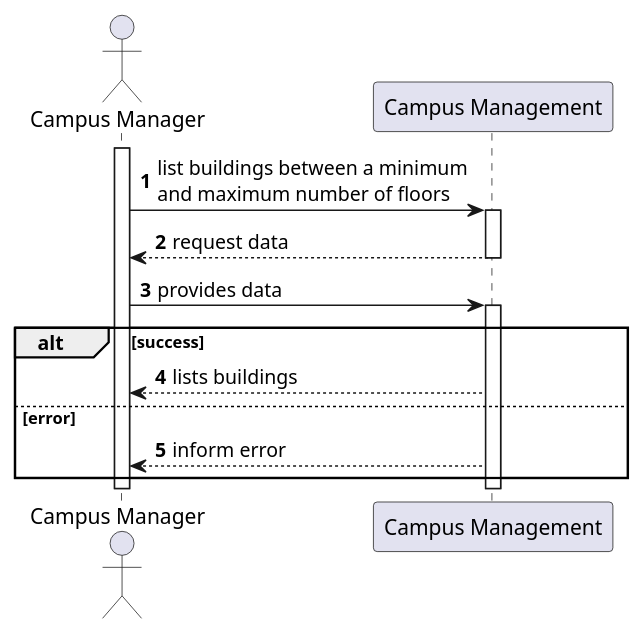
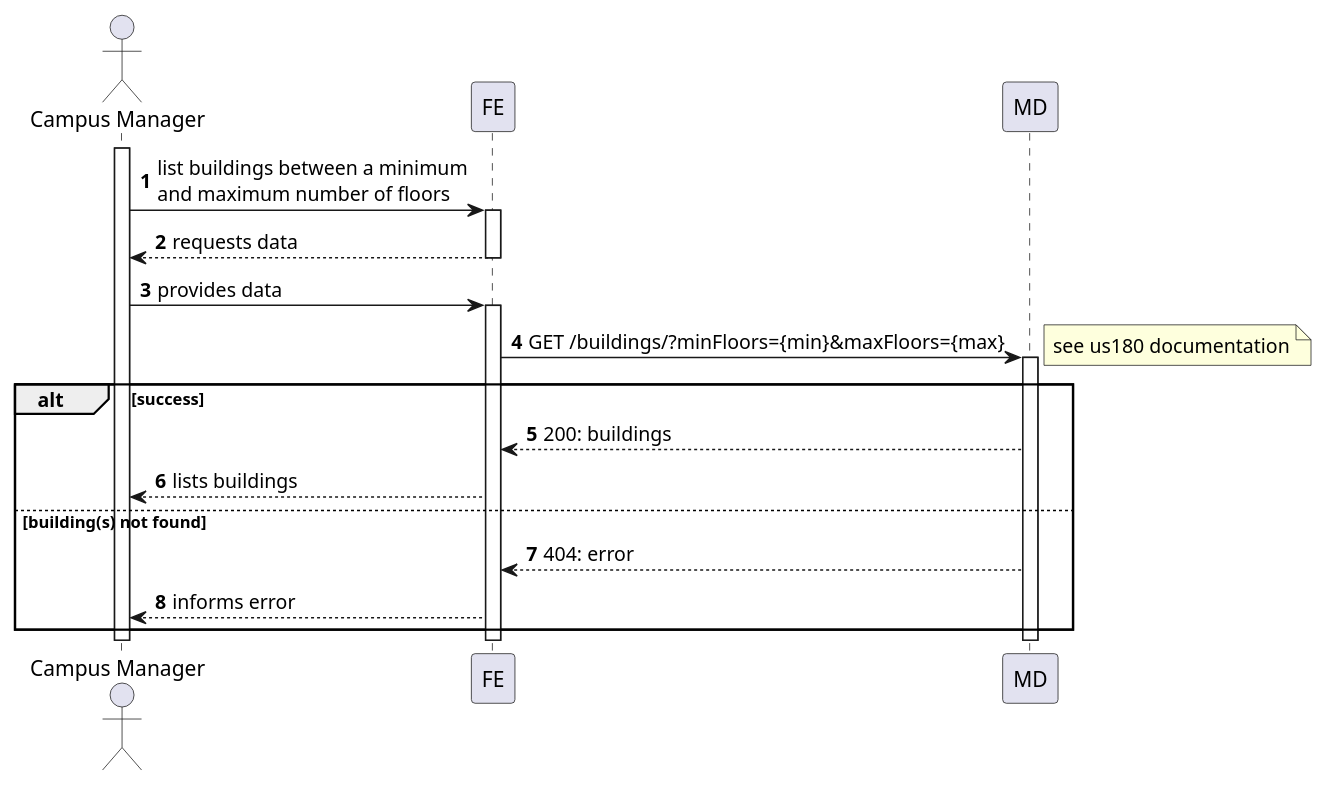
One commit to Departamento-de-Engenharia-Informatica/lapr5-23-24-g19 changed the diagram in docs/us1080/level2/process-view.puml. Above: the diagram before and after it, drawn with PlantUML. The commit also changed 5 other files, not shown here.

```diff
--- a/docs/us1080/level2/process-view.puml
+++ b/docs/us1080/level2/process-view.puml
@@ -1,24 +1,33 @@
 @startuml
 autonumber
 
 actor "Campus Manager" as usr
 
-participant "Campus Management" as mgm
+participant "FE" as ui
+
+participant "MD" as md
 
 activate usr
-usr -> mgm : list buildings between a minimum\nand maximum number of floors
-    activate mgm
-        mgm --> usr : request data
-    deactivate mgm
+    usr -> ui : list buildings between a minimum\nand maximum number of floors
+    activate ui
+        ui --> usr : requests data
+    deactivate ui
 
-    usr -> mgm : provides data
-    activate mgm
-    alt success
-        mgm --> usr : lists buildings
-    else error
-        mgm --> usr : inform error
-    end
-    deactivate mgm
+    usr -> ui : provides data
+    activate ui
+        ui -> md : GET /buildings/?minFloors={min}&maxFloors={max}
+        activate md
+            note right : see us180 documentation
+            alt success
+                md --> ui : 200: buildings
+                ui --> usr : lists buildings
+            else building(s) not found
+                md --> ui : 404: error
+                ui --> usr : informs error
+            end
+        deactivate md
+    deactivate ui
 deactivate usr
 
+
 @enduml
```
